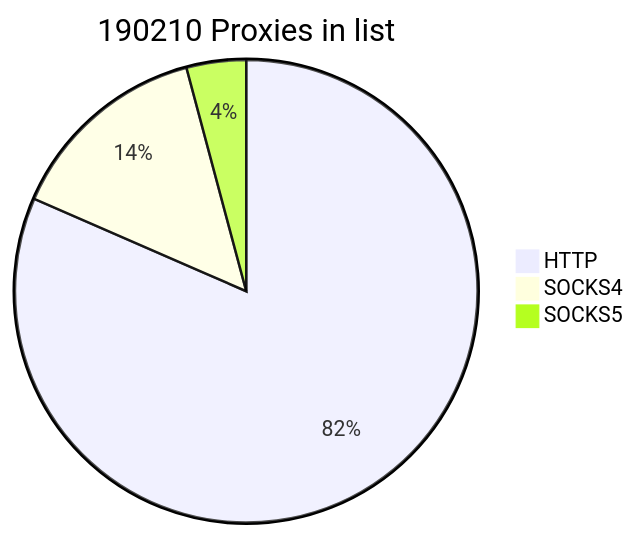
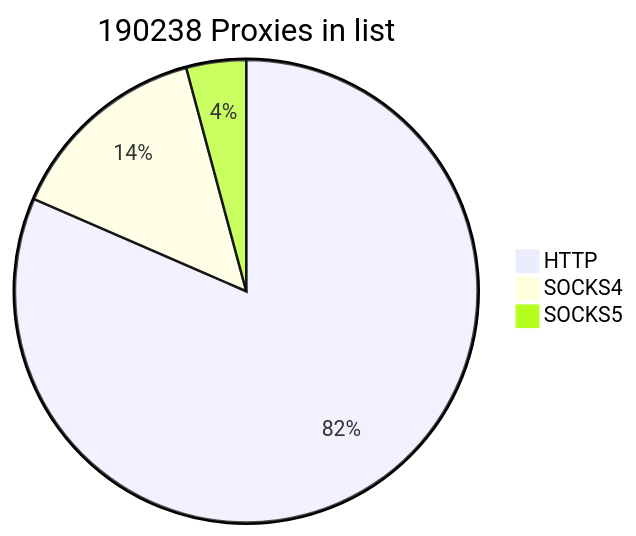
One commit to cutipu/proxylist changed the first of 2 diagrams in README.md. Above: the diagram before and after it, drawn with Mermaid. The commit also changed other lines of this file, not shown here.

````diff
--- a/README.md
+++ b/README.md
@@ -2,7 +2,7 @@
 ```mermaid
-pie title 190210 Proxies in list
-    "HTTP" : 155096
-    "SOCKS4" : 27199
-    "SOCKS5" : 7915
+pie title 190238 Proxies in list
+    "HTTP" : 155094
+    "SOCKS4" : 27196
+    "SOCKS5" : 7948
             
 ```
````
